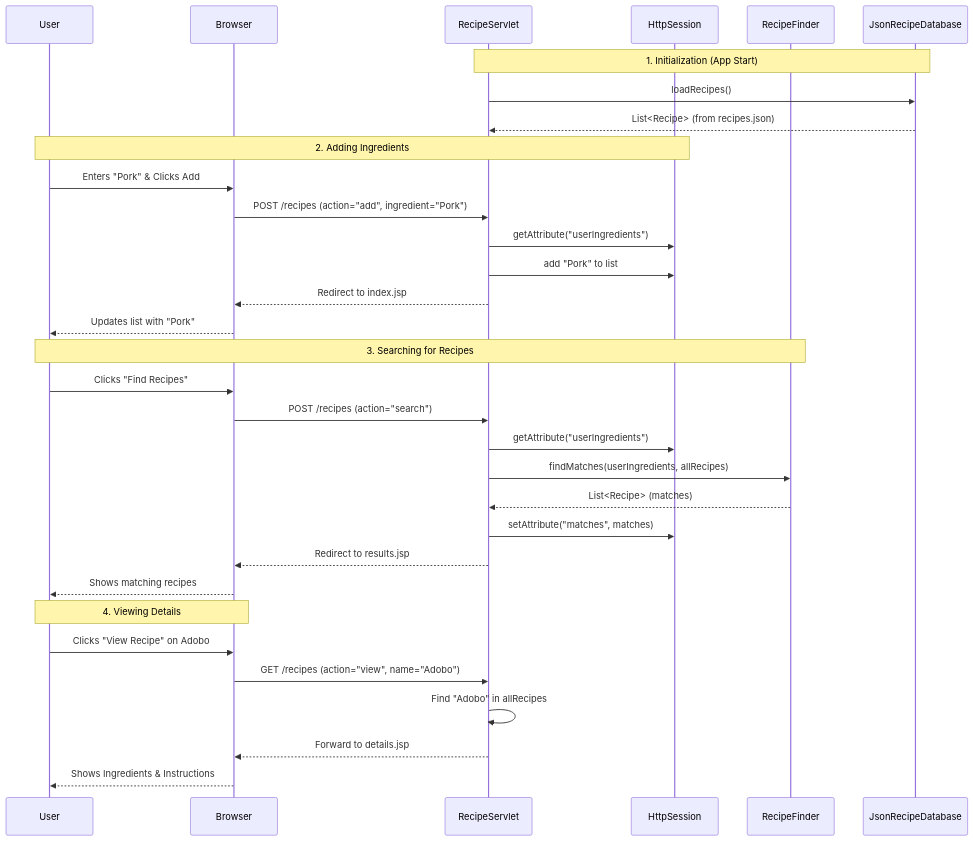
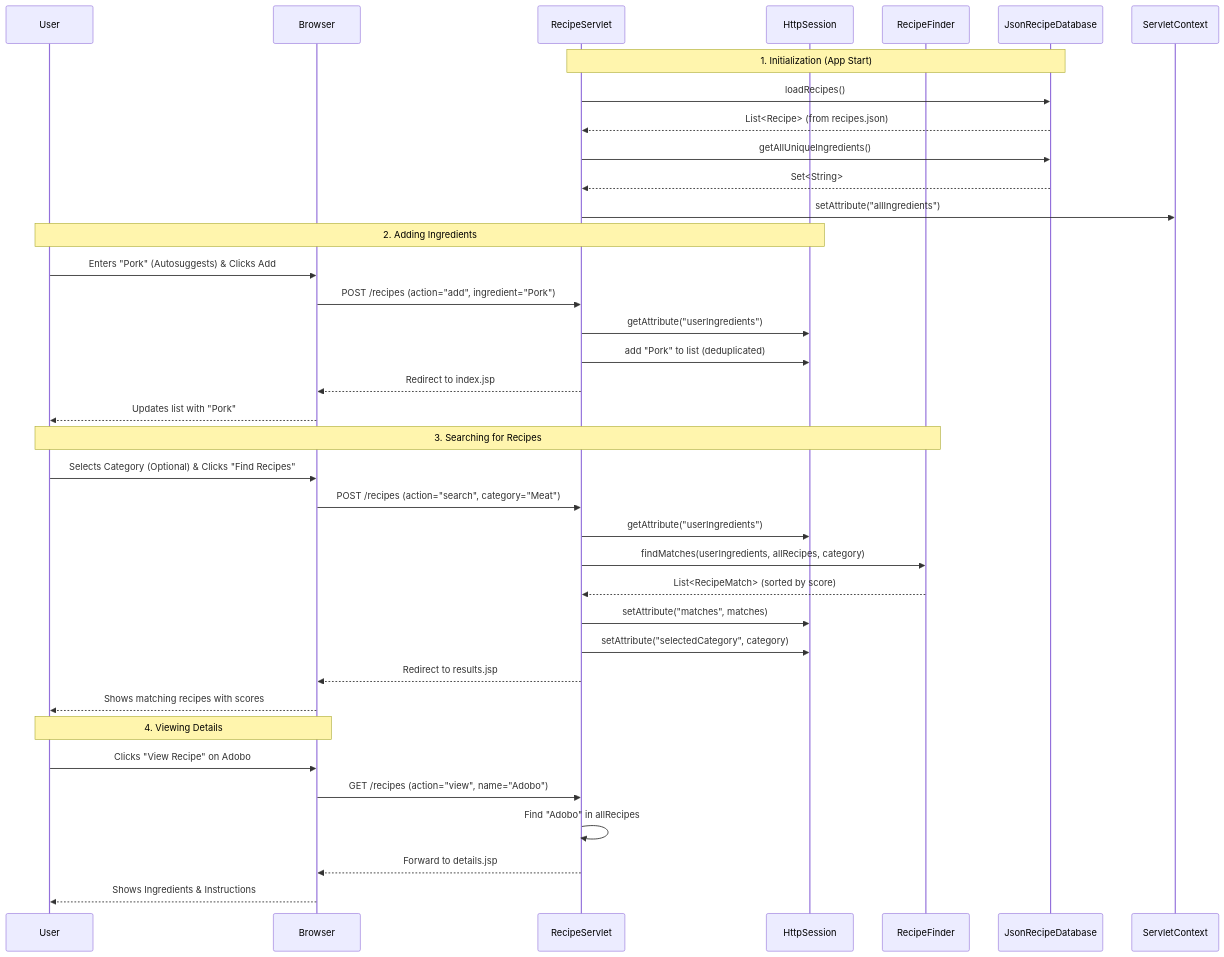
Before and after one commit to frnsjshh/Unsay_Sud-anon: the diagram in data_flow.md, drawn with Mermaid. The commit also changed other lines of this file and 1 other file, not shown here.

Commit message:
updated flow, and recipes

````diff
--- a/data_flow.md
+++ b/data_flow.md
@@ -21,38 +22,42 @@
 ```mermaid
 sequenceDiagram
     participant User
     participant Browser
     participant Servlet as RecipeServlet
     participant Session as HttpSession
     participant Finder as RecipeFinder
     participant Database as JsonRecipeDatabase
 
     Note over Servlet, Database: 1. Initialization (App Start)
     Servlet->>Database: loadRecipes()
     Database-->>Servlet: List<Recipe> (from recipes.json)
+    Servlet->>Database: getAllUniqueIngredients()
+    Database-->>Servlet: Set<String>
+    Servlet->>ServletContext: setAttribute("allIngredients")
 
     Note over User, Session: 2. Adding Ingredients
-    User->>Browser: Enters "Pork" & Clicks Add
+    User->>Browser: Enters "Pork" (Autosuggests) & Clicks Add
     Browser->>Servlet: POST /recipes (action="add", ingredient="Pork")
     Servlet->>Session: getAttribute("userIngredients")
-    Servlet->>Session: add "Pork" to list
+    Servlet->>Session: add "Pork" to list (deduplicated)
     Servlet-->>Browser: Redirect to index.jsp
     Browser-->>User: Updates list with "Pork"
 
     Note over User, Finder: 3. Searching for Recipes
-    User->>Browser: Clicks "Find Recipes"
-    Browser->>Servlet: POST /recipes (action="search")
+    User->>Browser: Selects Category (Optional) & Clicks "Find Recipes"
+    Browser->>Servlet: POST /recipes (action="search", category="Meat")
     Servlet->>Session: getAttribute("userIngredients")
-    Servlet->>Finder: findMatches(userIngredients, allRecipes)
-    Finder-->>Servlet: List<Recipe> (matches)
+    Servlet->>Finder: findMatches(userIngredients, allRecipes, category)
+    Finder-->>Servlet: List<RecipeMatch> (sorted by score)
     Servlet->>Session: setAttribute("matches", matches)
+    Servlet->>Session: setAttribute("selectedCategory", category)
     Servlet-->>Browser: Redirect to results.jsp
-    Browser-->>User: Shows matching recipes
+    Browser-->>User: Shows matching recipes with scores
 
     Note over User, Browser: 4. Viewing Details
     User->>Browser: Clicks "View Recipe" on Adobo
     Browser->>Servlet: GET /recipes (action="view", name="Adobo")
     Servlet->>Servlet: Find "Adobo" in allRecipes
     Servlet-->>Browser: Forward to details.jsp
     Browser-->>User: Shows Ingredients & Instructions
 ```
````
